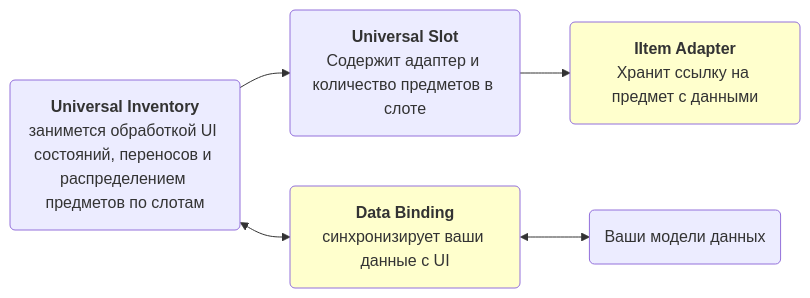
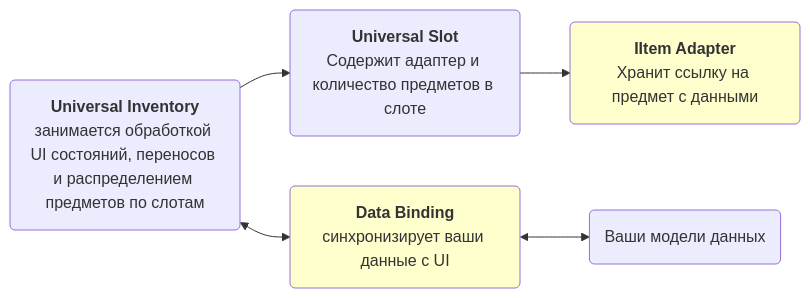
One commit to SergeevSergey99/DragAndDropSystem-Docs changed the diagram in .docs/content/index.ru.md. Above: the diagram before and after it, drawn with Mermaid. The commit also changed other lines of this file and 3 other files, not shown here.

````diff
--- a/.docs/content/index.ru.md
+++ b/.docs/content/index.ru.md
@@ -63,20 +63,20 @@
 ```mermaid
 flowchart LR
-    Inventory@{ shape: rounded, label: "<b>Universal Inventory</b>\nзанимется обработкой UI состояний, переносов и распределением предметов по слотам" }
+    Inventory@{ shape: rounded, label: "<b>Universal Inventory</b>\nзанимается обработкой UI состояний, переносов и распределением предметов по слотам" }
     
     Slot@{ shape: rounded, label: "<b>Universal Slot</b>\nСодержит адаптер и количество предметов в слоте" }
 
     Adapter@{ shape: rounded, label: "<b>IItem Adapter</b>\nХранит ссылку на предмет с данными" }
     style Adapter fill:#FF44
 
     Binding@{ shape: rounded, label: "<b>Data Binding</b><br/>синхронизирует ваши данные с UI" }
     style Binding fill:#FF44
 
     Data@{ shape: rounded, label: "Ваши модели данных" }
 
     Inventory --> Slot    
     Slot --> Adapter
     Binding <--> Data    
     Inventory <--> Binding
 
 ```
````
